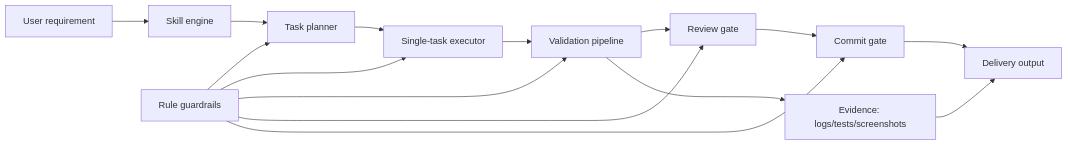
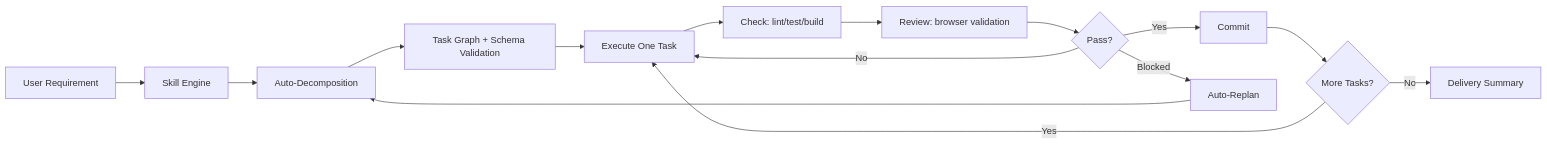
One commit to melonlee/hepha-skill changed the diagram in README.md. Above: the diagram before and after it, drawn with Mermaid. The commit also changed other lines of this file and 1 other file, not shown here.

````diff
--- a/README.md
+++ b/README.md
@@ -43,19 +30,18 @@
 ```mermaid
 flowchart LR
-    U[User requirement] --> S[Skill engine]
-    S --> P[Task planner]
-    P --> X[Single-task executor]
-    X --> V[Validation pipeline]
-    V --> R[Review gate]
-    R --> C[Commit gate]
-    C --> O[Delivery output]
+    U[User Requirement] --> S[Skill Engine]
+    S --> P[Auto-Decomposition]
+    P --> T[Task Graph + Schema Validation]
+    T --> E[Execute One Task]
+    E --> C[Check: lint/test/build]
+    C --> R[Review: browser validation]
+    R --> V{Pass?}
+    V -- No --> E
+    V -- Yes --> G[Commit]
+    G --> M{More Tasks?}
+    M -- Yes --> E
+    M -- No --> D[Delivery Summary]
 
-    G[Rule guardrails] --> P
-    G --> X
-    G --> V
-    G --> R
-    G --> C
-
-    V --> E[Evidence: logs/tests/screenshots]
-    E --> O
+    V -- Blocked --> B[Auto-Replan]
+    B --> P
 ```
````
